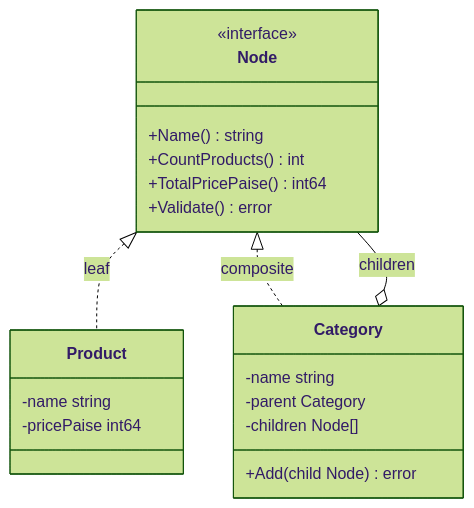
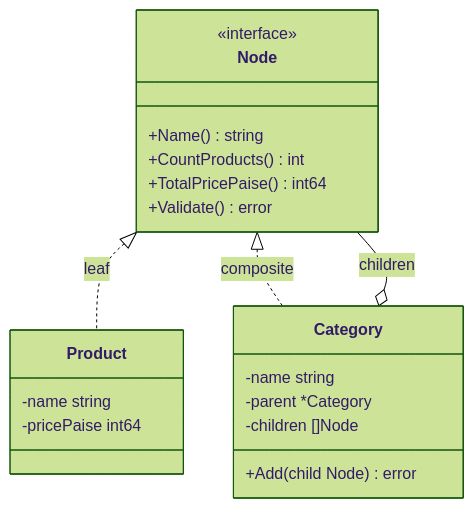
One commit to PriyanshuMidha/System_Design_notes changed the first of 2 diagrams in 17 LLD/Patterns/Composite.md. Above: the diagram before and after it, drawn with Mermaid (forest theme). The commit also changed other lines of this file and 250 other files, not shown here.

````diff
--- a/17 LLD/Patterns/Composite.md
+++ b/17 LLD/Patterns/Composite.md
@@ -46,23 +52,23 @@
 ```mermaid
 classDiagram
     class Node {
         <<interface>>
         +Name() string
         +CountProducts() int
         +TotalPricePaise() int64
         +Validate() error
     }
     class Product {
         -name string
         -pricePaise int64
     }
     class Category {
         -name string
-        -parent Category
-        -children Node[]
+        -parent *Category
+        -children []Node
         +Add(child Node) error
     }
     Node <|.. Product : leaf
     Node <|.. Category : composite
     Category o-- Node : children
 ```
````
